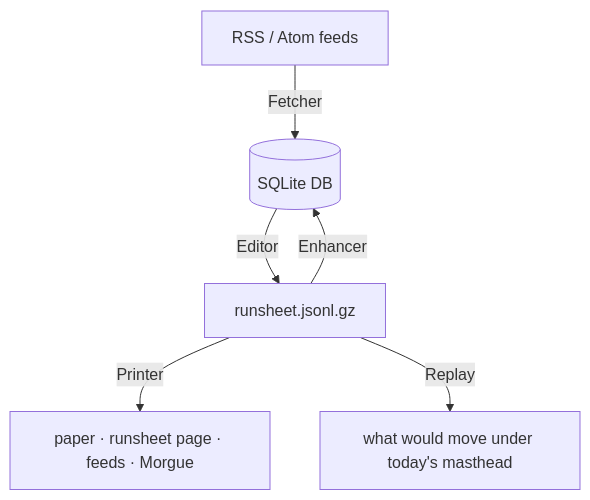
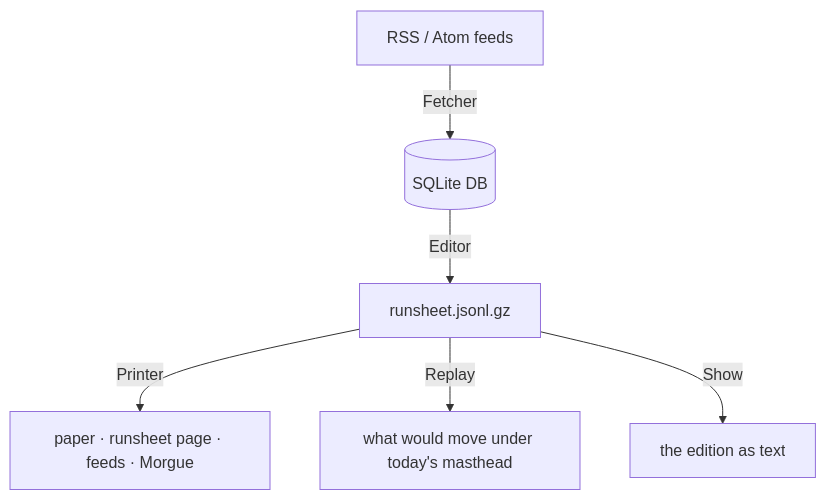
One commit to maxspevack/fishwrap changed the diagram in fishwrap/README.md. Above: the diagram before and after it, drawn with Mermaid. The commit also changed other lines of this file and 29 other files, not shown here.

````diff
--- a/fishwrap/README.md
+++ b/fishwrap/README.md
@@ -9,8 +9,8 @@
 ```mermaid
 graph TD
     A[RSS / Atom feeds] -->|Fetcher| B[(SQLite DB)]
     B -->|Editor| C[runsheet.jsonl.gz]
-    C -->|Enhancer| B
     C -->|Printer| E[paper · runsheet page · feeds · Morgue]
     C -->|Replay| F[what would move under today's masthead]
+    C -->|Show| G[the edition as text]
 ```
````
